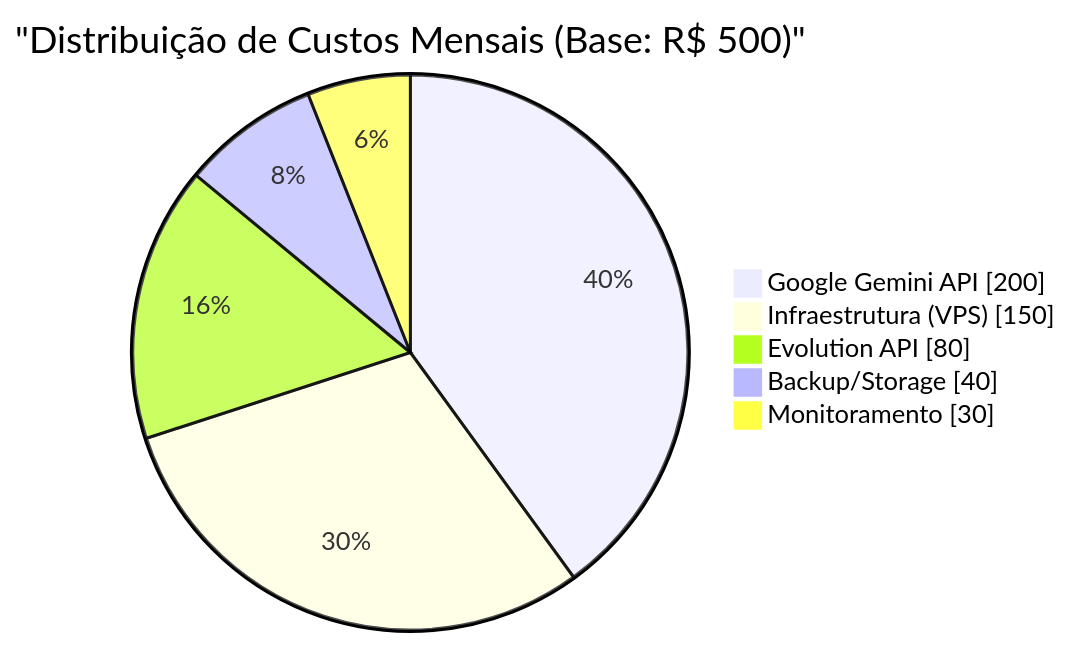
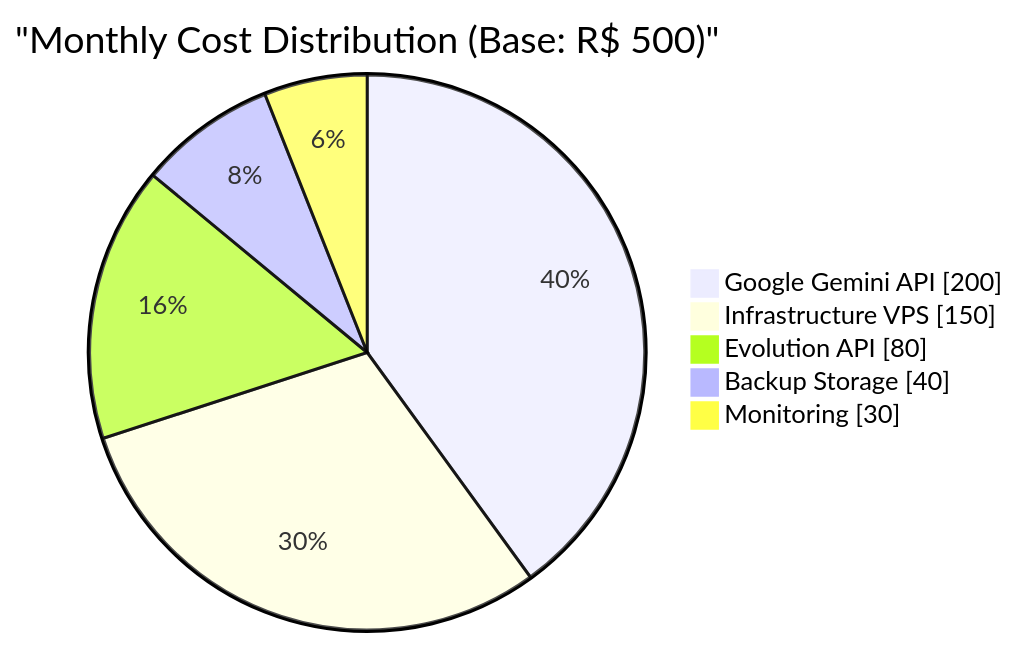
One commit to RenanLisboa8/n8n-clinic-multiagent changed diagram 11 of 18 in docs/ARCHITECTURE.md. Above: the diagram before and after it, drawn with Mermaid. The commit also changed other lines of this file and 4 other files, not shown here.

First line of the commit message:
Update documentation and diagrams for improved clarity and accessibility

````diff
--- a/docs/ARCHITECTURE.md
+++ b/docs/ARCHITECTURE.md
@@ -612,9 +623,9 @@
 ```mermaid
 pie showData
-    title "Distribuição de Custos Mensais (Base: R$ 500)"
+    title "Monthly Cost Distribution (Base: R$ 500)"
     "Google Gemini API" : 200
-    "Infraestrutura (VPS)" : 150
+    "Infrastructure VPS" : 150
     "Evolution API" : 80
-    "Backup/Storage" : 40
-    "Monitoramento" : 30
+    "Backup Storage" : 40
+    "Monitoring" : 30
 ```
````
